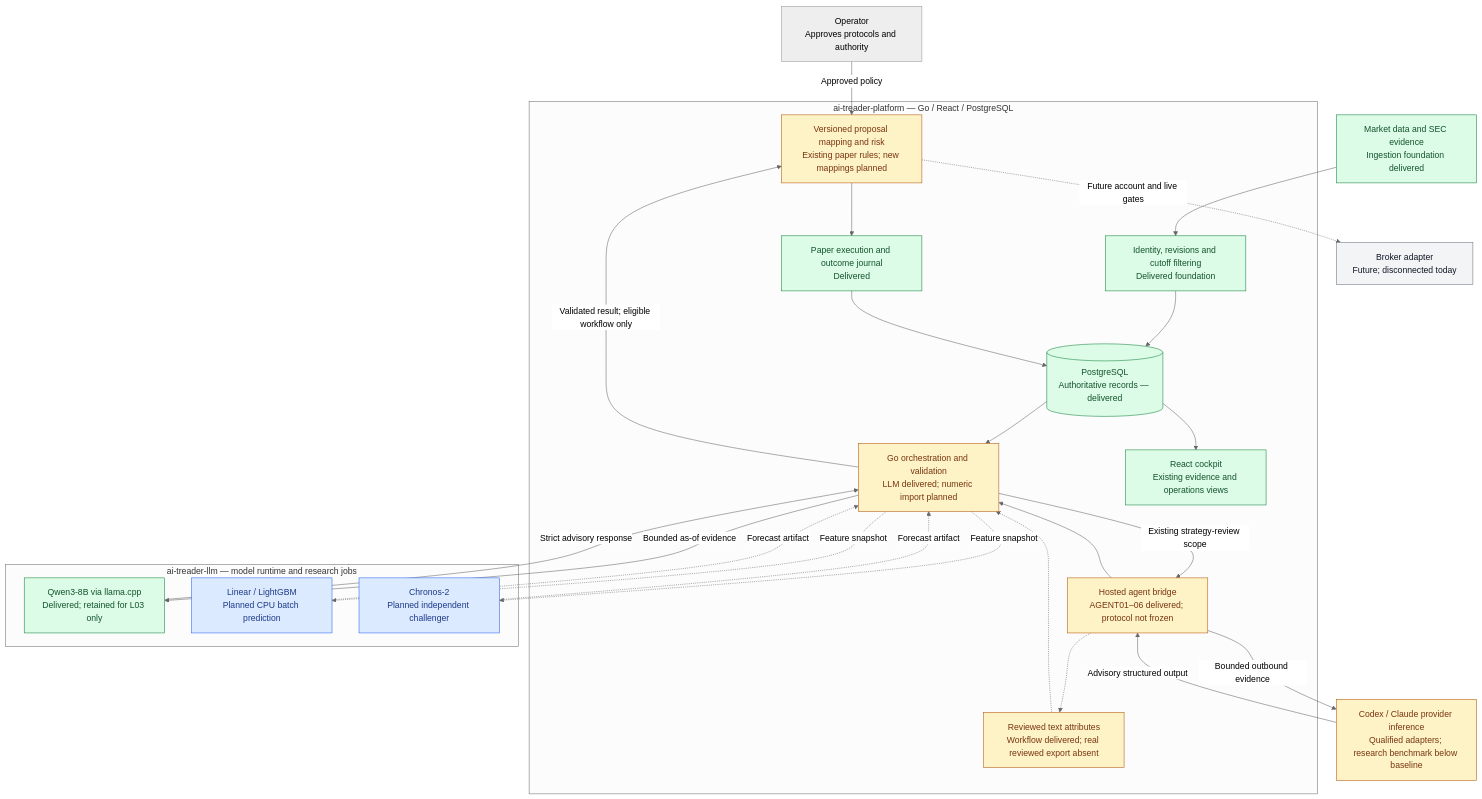
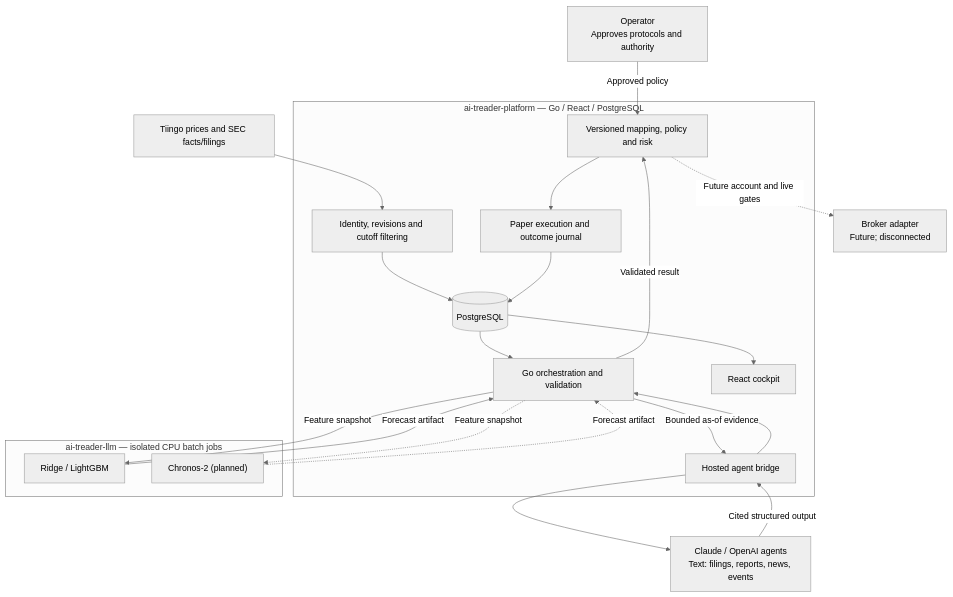
One commit to ragabi-ops/ai-treader-llm changed the first of 2 diagrams in architecture.md. Above: the diagram before and after it, drawn with Mermaid (neutral theme). The commit also changed other lines of this file and 34 other files, not shown here.

First line of the commit message:
clean02: retire GPU inference stack; CPU-only numeric jobs

````diff
--- a/architecture.md
+++ b/architecture.md
@@ -51,53 +36,33 @@
 ```mermaid
 flowchart TB
     Operator["Operator<br/>Approves protocols and authority"]
-    Sources["Market data and SEC evidence<br/>Ingestion foundation delivered"]
+    Sources["Tiingo prices and SEC facts/filings"]
 
     subgraph Platform["ai-treader-platform — Go / React / PostgreSQL"]
-        PIT["Identity, revisions and cutoff filtering<br/>Delivered foundation"]
-        DB[("PostgreSQL<br/>Authoritative records — delivered")]
-        Bridge["Hosted agent bridge<br/>AGENT01–06 delivered; protocol not frozen"]
-        Text["Reviewed text attributes<br/>Workflow delivered; real reviewed export absent"]
-        Worker["Go orchestration and validation<br/>LLM delivered; numeric import planned"]
-        Rules["Versioned proposal mapping and risk<br/>Existing paper rules; new mappings planned"]
-        Paper["Paper execution and outcome journal<br/>Delivered"]
-        UI["React cockpit<br/>Existing evidence and operations views"]
+        PIT["Identity, revisions and cutoff filtering"]
+        DB[("PostgreSQL")]
+        Worker["Go orchestration and validation"]
+        Bridge["Hosted agent bridge"]
+        Rules["Versioned mapping, policy and risk"]
+        Paper["Paper execution and outcome journal"]
+        UI["React cockpit"]
     end
 
-    subgraph Models["ai-treader-llm — model runtime and research jobs"]
-        Qwen["Qwen3-8B via llama.cpp<br/>Delivered; retained for L03 only"]
-        Trees["Linear / LightGBM<br/>Planned CPU batch prediction"]
-        Chronos["Chronos-2<br/>Planned independent challenger"]
+    subgraph Jobs["ai-treader-llm — isolated CPU batch jobs"]
+        Trees["Ridge / LightGBM"]
+        Chronos["Chronos-2 (planned)"]
     end
 
-    Hosted["Codex / Claude provider inference<br/>Qualified adapters; research benchmark below baseline"]
-    Broker["Broker adapter<br/>Future; disconnected today"]
-    Sources --> PIT --> DB
-    DB --> Worker
-    Worker -->|Bounded as-of evidence| Qwen
-    Qwen -->|Strict advisory response| Worker
-    Worker -.->|Feature snapshot| Trees
-    Worker -.->|Feature snapshot| Chronos
-    Trees -.->|Forecast artifact| Worker
-    Chronos -.->|Forecast artifact| Worker
-    Worker -->|Existing strategy-review scope| Bridge
-    Bridge -->|Bounded outbound evidence| Hosted
-    Hosted -->|Advisory structured output| Bridge
-    Bridge --> Worker
-    Bridge -.-> Text -.-> Worker
-    Worker -->|Validated result; eligible workflow only| Rules
+    Hosted["Claude / OpenAI agents<br/>Text: filings, reports, news, events"]
+    Broker["Broker adapter<br/>Future; disconnected"]
+
+    Sources --> PIT --> DB --> Worker
+    Worker -->|Feature snapshot| Trees -->|Forecast artifact| Worker
+    Worker -.->|Feature snapshot| Chronos -.->|Forecast artifact| Worker
+    Worker -->|Bounded as-of evidence| Bridge --> Hosted
+    Hosted -->|Cited structured output| Bridge --> Worker
+    Worker -->|Validated result| Rules
     Operator -->|Approved policy| Rules
-    Rules --> Paper --> DB
-    DB --> UI
+    Rules --> Paper --> DB --> UI
     Rules -.->|Future account and live gates| Broker
-
-    classDef delivered fill:#dcfce7,stroke:#15803d,color:#14532d;
-    classDef partial fill:#fef3c7,stroke:#b45309,color:#78350f;
-    classDef planned fill:#dbeafe,stroke:#2563eb,color:#1e3a8a;
-    classDef future fill:#f3f4f6,stroke:#6b7280,color:#111827;
-    class Sources,PIT,DB,Qwen,Paper,UI delivered;
-    class Worker,Rules,Bridge,Hosted partial;
-    class Trees,Chronos planned;
-    class Text partial;
-    class Broker future;
 ```
````
